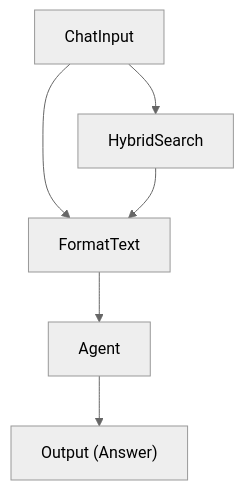
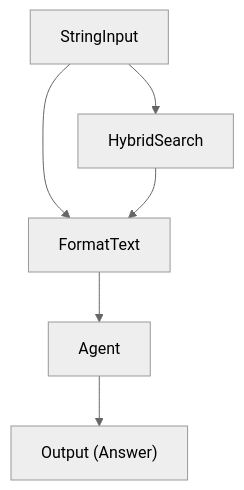
The fourth of 17 diagrams in docs/cookbook/patterns.md (nodetool-ai/nodetool), drawn with Mermaid (neutral theme) before and after one commit. The commit also changed other lines of this file and 683 other files, not shown here.

```diff
--- a/docs/cookbook/patterns.md
+++ b/docs/cookbook/patterns.md
@@ -132,13 +132,13 @@
 {% mermaid %}
 graph TD
-  chat_input["ChatInput"]
+  chat_input["StringInput"]
   output["Output (Answer)"]
   format_text["FormatText"]
   hybrid_search["HybridSearch"]
   agent["Agent"]
   chat_input --> format_text
   chat_input --> hybrid_search
   hybrid_search --> format_text
   format_text --> agent
   agent --> output
 {% endmermaid %}
```
